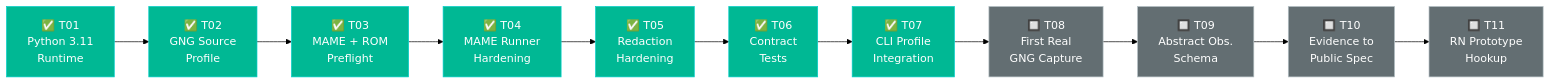
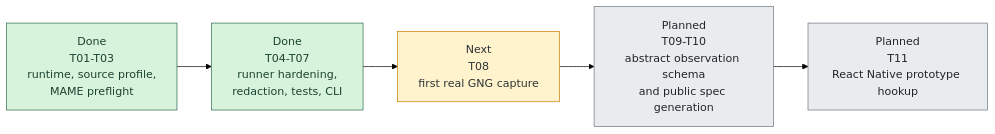
The second of 4 diagrams in README.md (krukmat/blackbox_mame_game_abstraction), drawn with Mermaid (forest theme) before and after one commit. The commit also changed other lines of this file and 77 other files, not shown here.

First line of the commit message:
T07–T10.2.3: GNG source integration — CLI profile, capture pipeline, trace extractor

````diff
--- a/README.md
+++ b/README.md
@@ -83,21 +98,17 @@
 ```mermaid
 flowchart LR
-    T01["✅ T01\nPython 3.11\nRuntime"]
-    T02["✅ T02\nGNG Source\nProfile"]
-    T03["✅ T03\nMAME + ROM\nPreflight"]
-    T04["✅ T04\nMAME Runner\nHardening"]
-    T05["✅ T05\nRedaction\nHardening"]
-    T06["✅ T06\nContract\nTests"]
-    T07["✅ T07\nCLI Profile\nIntegration"]
-    T08["🔲 T08\nFirst Real\nGNG Capture"]
-    T09["🔲 T09\nAbstract Obs.\nSchema"]
-    T10["🔲 T10\nEvidence to\nPublic Spec"]
-    T11["🔲 T11\nRN Prototype\nHookup"]
+    A["Done\nT01-T03\nruntime, source profile,\nMAME preflight"]
+    B["Done\nT04-T07\nrunner hardening,\nredaction, tests, CLI"]
+    C["Next\nT08\nfirst real GNG capture"]
+    D["Planned\nT09-T10\nabstract observation schema\nand public spec generation"]
+    E["Planned\nT11\nReact Native prototype hookup"]
 
-    T01 --> T02 --> T03 --> T04 --> T05 --> T06 --> T07 --> T08 --> T09 --> T10 --> T11
+    A --> B --> C --> D --> E
 
-    classDef done fill:#00b894,stroke:#00cec9,color:#fff
-    classDef planned fill:#636e72,stroke:#b2bec3,color:#fff
-    class T01,T02,T03,T04,T05,T06,T07 done
-    class T08,T09,T10,T11 planned
+    classDef done fill:#d8f3dc,stroke:#2d6a4f,color:#1b4332
+    classDef next fill:#fff3cd,stroke:#c77900,color:#2d3436
+    classDef planned fill:#e9ecef,stroke:#6c757d,color:#212529
+    class A,B done
+    class C next
+    class D,E planned
 ```
````
